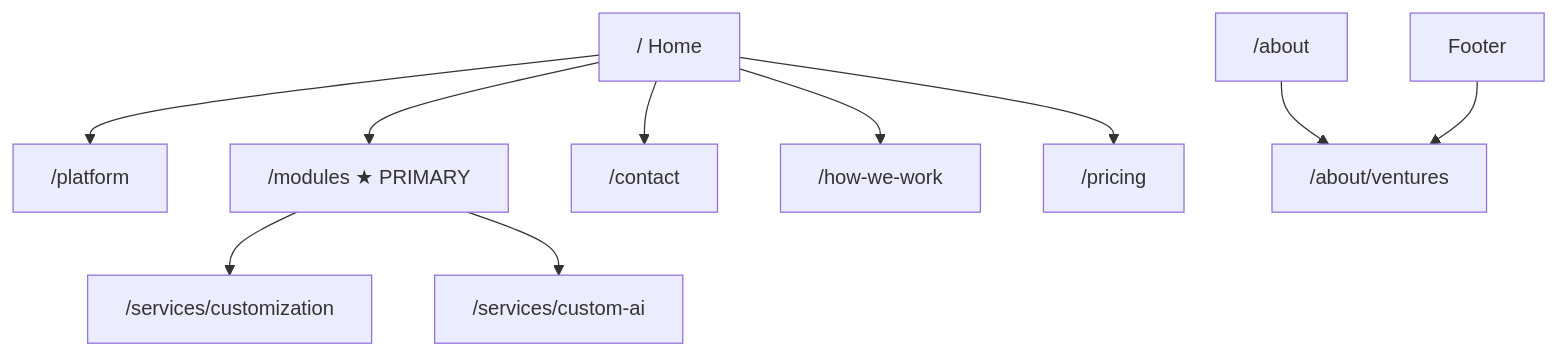
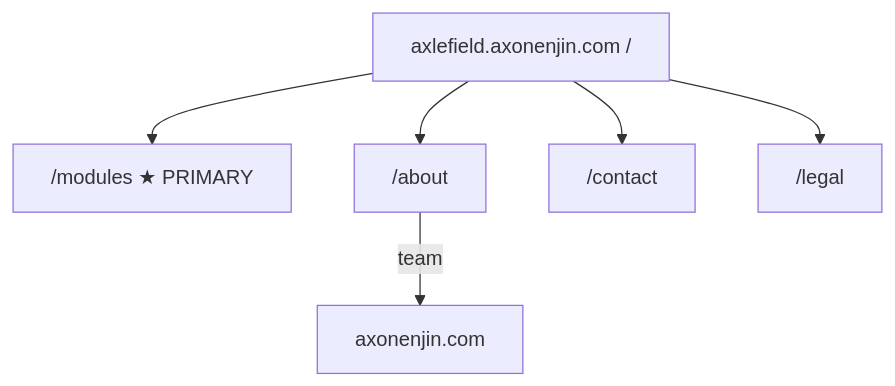
Before and after one commit to Axon-Enjin/axon: the second of 2 diagrams in docs/grounding/SITEMAP.md, drawn with Mermaid. The commit also changed other lines of this file and 12 other files, not shown here.

````diff
--- a/docs/grounding/SITEMAP.md
+++ b/docs/grounding/SITEMAP.md
@@ -69,12 +83,8 @@
 ```mermaid
 flowchart TD
-  H["/ Home"] --> PLAT["/platform"]
-  H --> MOD["/modules ★ PRIMARY"]
-  H --> CONTACT["/contact"]
-  MOD --> O2["/services/customization"]
-  MOD --> O3["/services/custom-ai"]
-  H --> HOW["/how-we-work"]
-  H --> PRICE["/pricing"]
-  ABOUT["/about"] --> VENT["/about/ventures"]
-  Footer --> VENT
+  PB["axlefield.axonenjin.com /"] --> MOD["/modules ★ PRIMARY"]
+  PB --> ABOUTP["/about"]
+  PB --> CONTACTP["/contact"]
+  PB --> LEGALP["/legal"]
+  ABOUTP -->|"team"| CO["axonenjin.com"]
 ```
````
